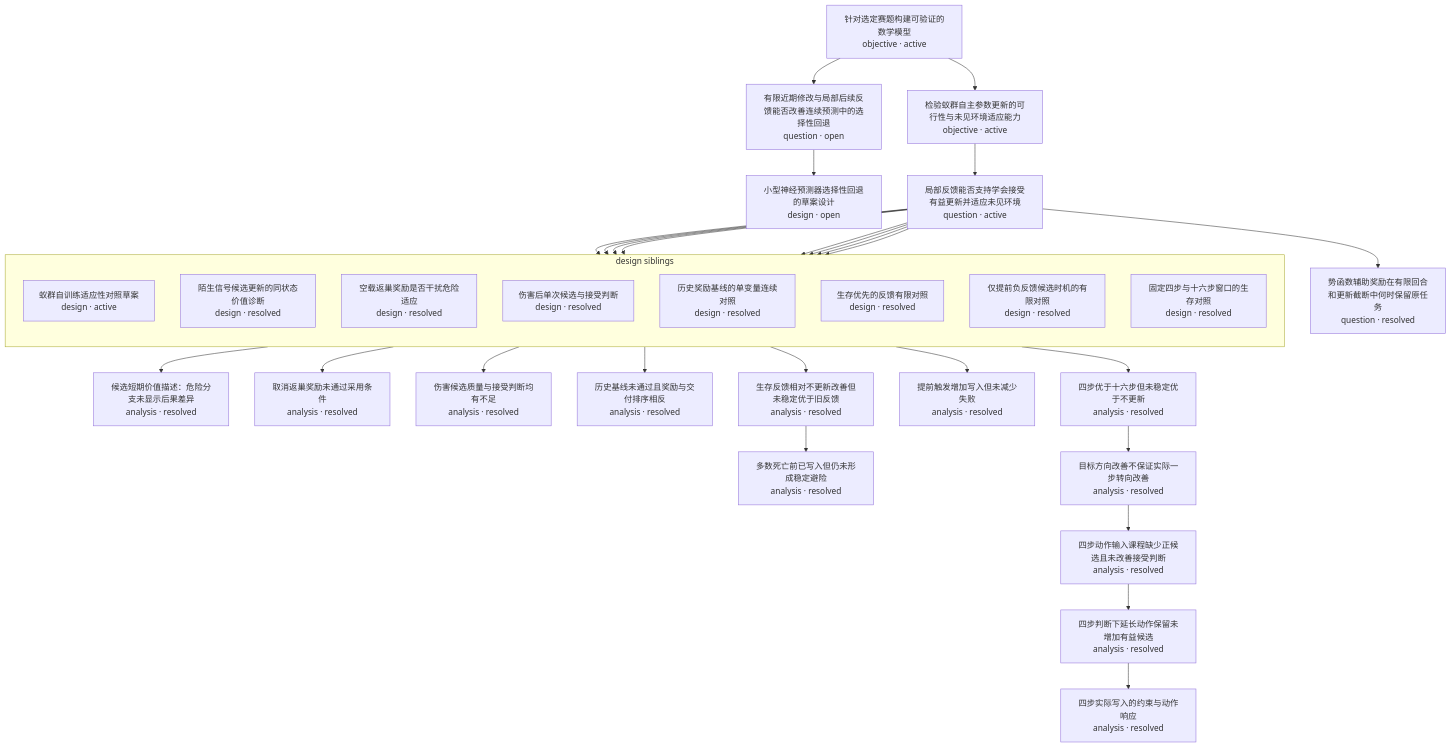
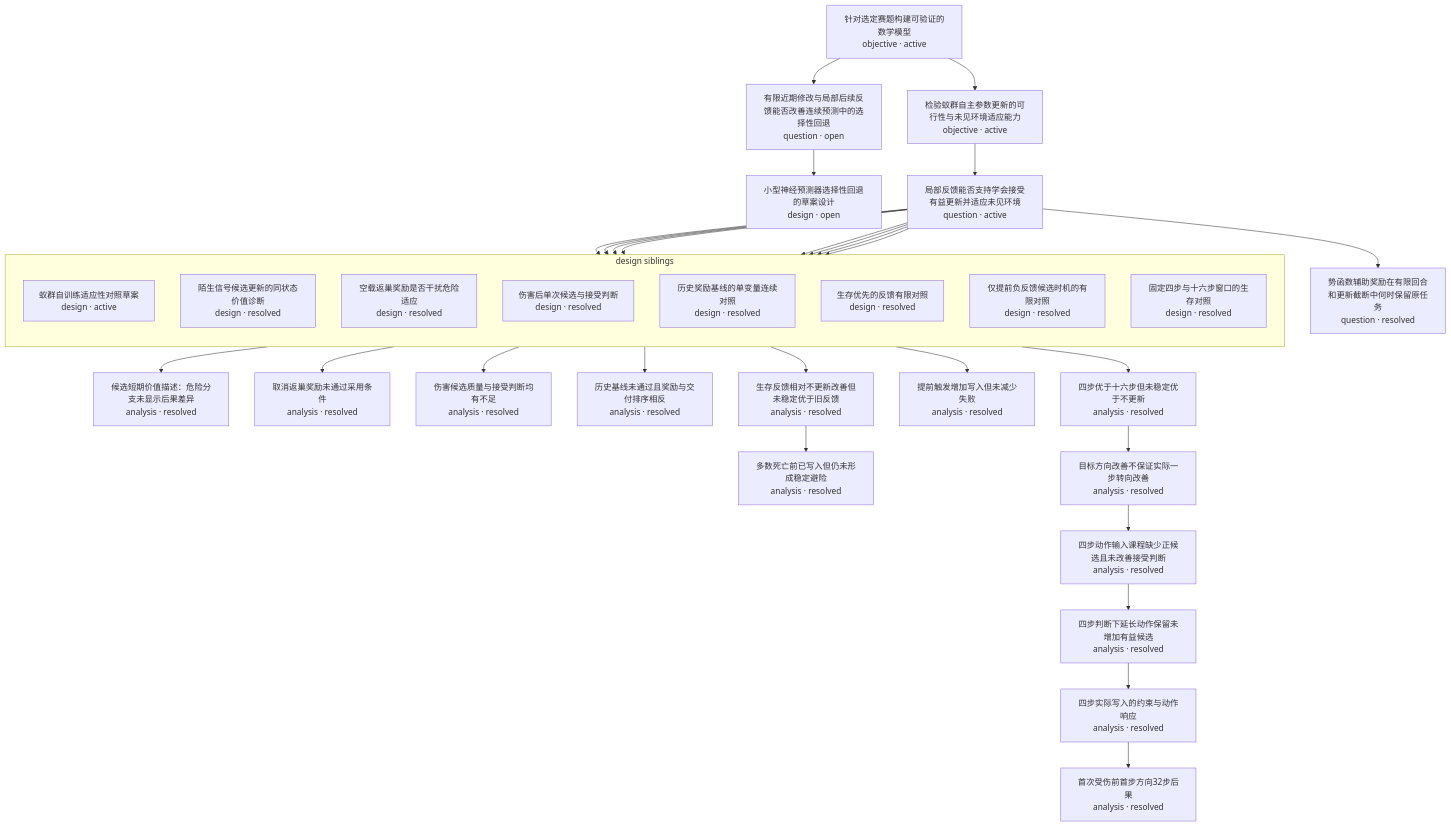
Before and after one commit to Akira-TL/Antomony: the diagram in research-tree/README.md, drawn with Mermaid. The commit also changed other lines of this file and 8 other files, not shown here.

````diff
--- a/research-tree/README.md
+++ b/research-tree/README.md
@@ -5,57 +5,59 @@
 ```mermaid
 flowchart TD
     N1["针对选定赛题构建可验证的数学模型<br/>objective · active"]
     N2["有限近期修改与局部后续反馈能否改善连续预测中的选择性回退<br/>question · open"]
     N3["小型神经预测器选择性回退的草案设计<br/>design · open"]
     N4["检验蚁群自主参数更新的可行性与未见环境适应能力<br/>objective · active"]
     N5["局部反馈能否支持学会接受有益更新并适应未见环境<br/>question · active"]
     N8["候选短期价值描述：危险分支未显示后果差异<br/>analysis · resolved"]
     N10["取消返巢奖励未通过采用条件<br/>analysis · resolved"]
     N12["伤害候选质量与接受判断均有不足<br/>analysis · resolved"]
     N14["历史基线未通过且奖励与交付排序相反<br/>analysis · resolved"]
     N15["势函数辅助奖励在有限回合和更新截断中何时保留原任务<br/>question · resolved"]
     N17["生存反馈相对不更新改善但未稳定优于旧反馈<br/>analysis · resolved"]
     N18["多数死亡前已写入但仍未形成稳定避险<br/>analysis · resolved"]
     N20["提前触发增加写入但未减少失败<br/>analysis · resolved"]
     N22["四步优于十六步但未稳定优于不更新<br/>analysis · resolved"]
     N23["目标方向改善不保证实际一步转向改善<br/>analysis · resolved"]
     N24["四步动作输入课程缺少正候选且未改善接受判断<br/>analysis · resolved"]
     N25["四步判断下延长动作保留未增加有益候选<br/>analysis · resolved"]
     N26["四步实际写入的约束与动作响应<br/>analysis · resolved"]
+    N27["首次受伤前首步方向32步后果<br/>analysis · resolved"]
     subgraph G5_design["design siblings"]
         direction TB
         N6["蚁群自训练适应性对照草案<br/>design · active"]
         N7["陌生信号候选更新的同状态价值诊断<br/>design · resolved"]
         N9["空载返巢奖励是否干扰危险适应<br/>design · resolved"]
         N11["伤害后单次候选与接受判断<br/>design · resolved"]
         N13["历史奖励基线的单变量连续对照<br/>design · resolved"]
         N16["生存优先的反馈有限对照<br/>design · resolved"]
         N19["仅提前负反馈候选时机的有限对照<br/>design · resolved"]
         N21["固定四步与十六步窗口的生存对照<br/>design · resolved"]
     end
     N1 --> N2
     N2 --> N3
     N1 --> N4
     N4 --> N5
     N5 --> N6
     N5 --> N7
     N7 --> N8
     N5 --> N9
     N9 --> N10
     N5 --> N11
     N11 --> N12
     N5 --> N13
     N13 --> N14
     N5 --> N15
     N5 --> N16
     N16 --> N17
     N17 --> N18
     N5 --> N19
     N19 --> N20
     N5 --> N21
     N21 --> N22
     N22 --> N23
     N23 --> N24
     N24 --> N25
     N25 --> N26
+    N26 --> N27
 ```
````
